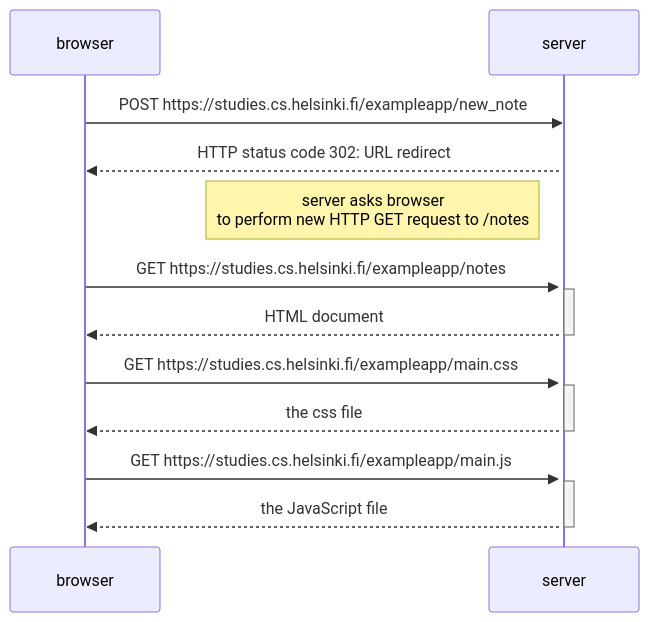
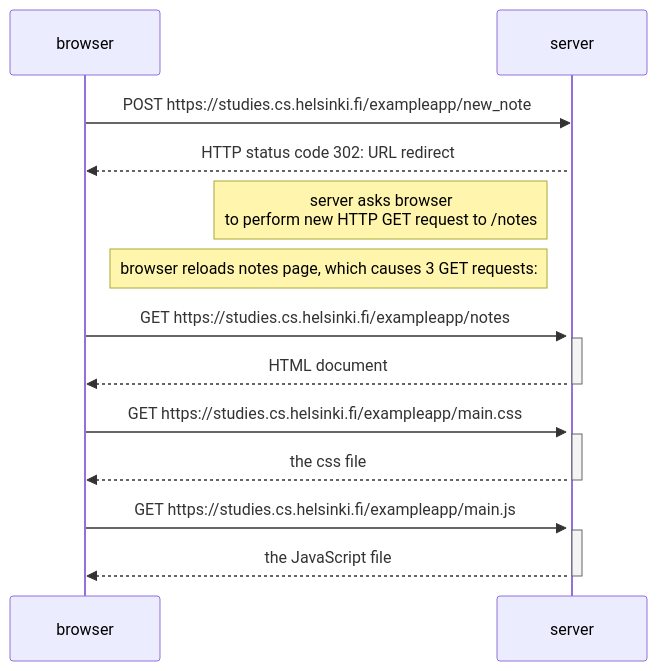
One commit to valli259/Fullstack-exercises changed the diagram in part0/exercise0-4.md. Above: the diagram before and after it, drawn with Mermaid.

````diff
--- a/part0/exercise0-4.md
+++ b/part0/exercise0-4.md
@@ -1,24 +1,25 @@
 ```mermaid
   sequenceDiagram
     participant browser
     participant server
     browser->>server: POST https://studies.cs.helsinki.fi/exampleapp/new_note
 activate server
 server-->>browser: HTTP status code 302: URL redirect
 Note left of server: server asks browser <br> to perform new HTTP GET request to /notes
+Note right of browser: browser reloads notes page, which causes 3 GET requests:
 
  browser->>server: GET https://studies.cs.helsinki.fi/exampleapp/notes
     activate server
     server-->>browser: HTML document
     deactivate server
 
     browser->>server: GET https://studies.cs.helsinki.fi/exampleapp/main.css
     activate server
     server-->>browser: the css file
     deactivate server
 
     browser->>server: GET https://studies.cs.helsinki.fi/exampleapp/main.js
     activate server
     server-->>browser: the JavaScript file
     deactivate server
 ```
````
